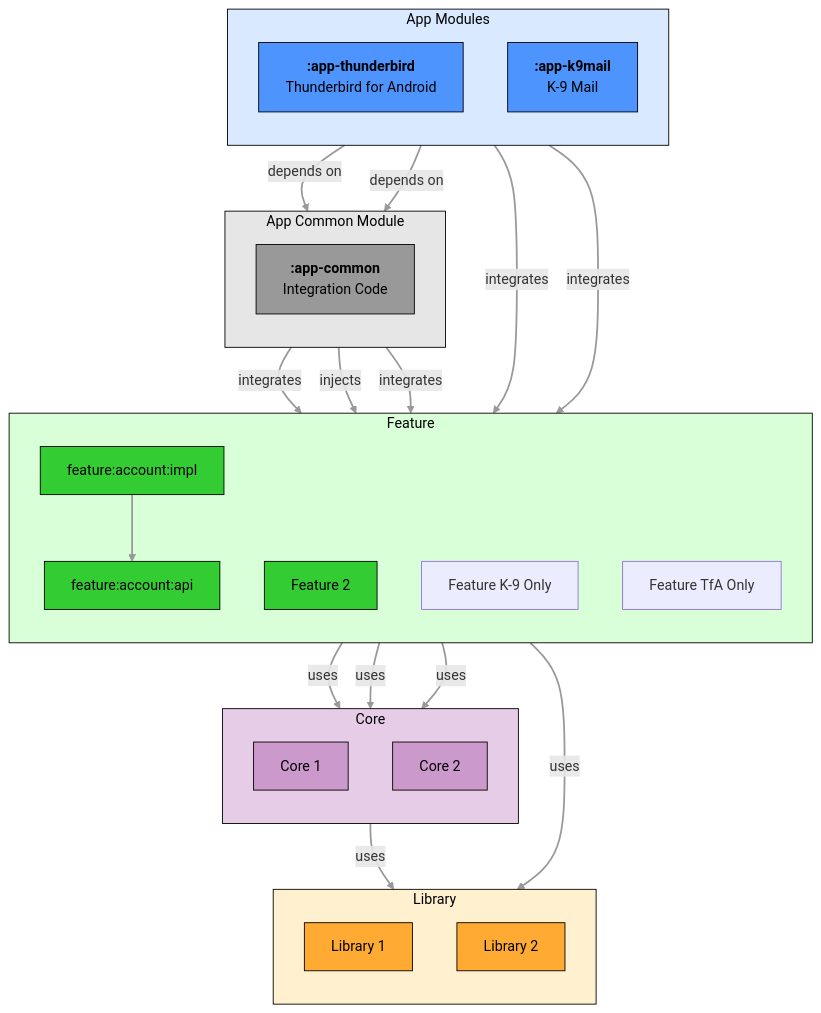
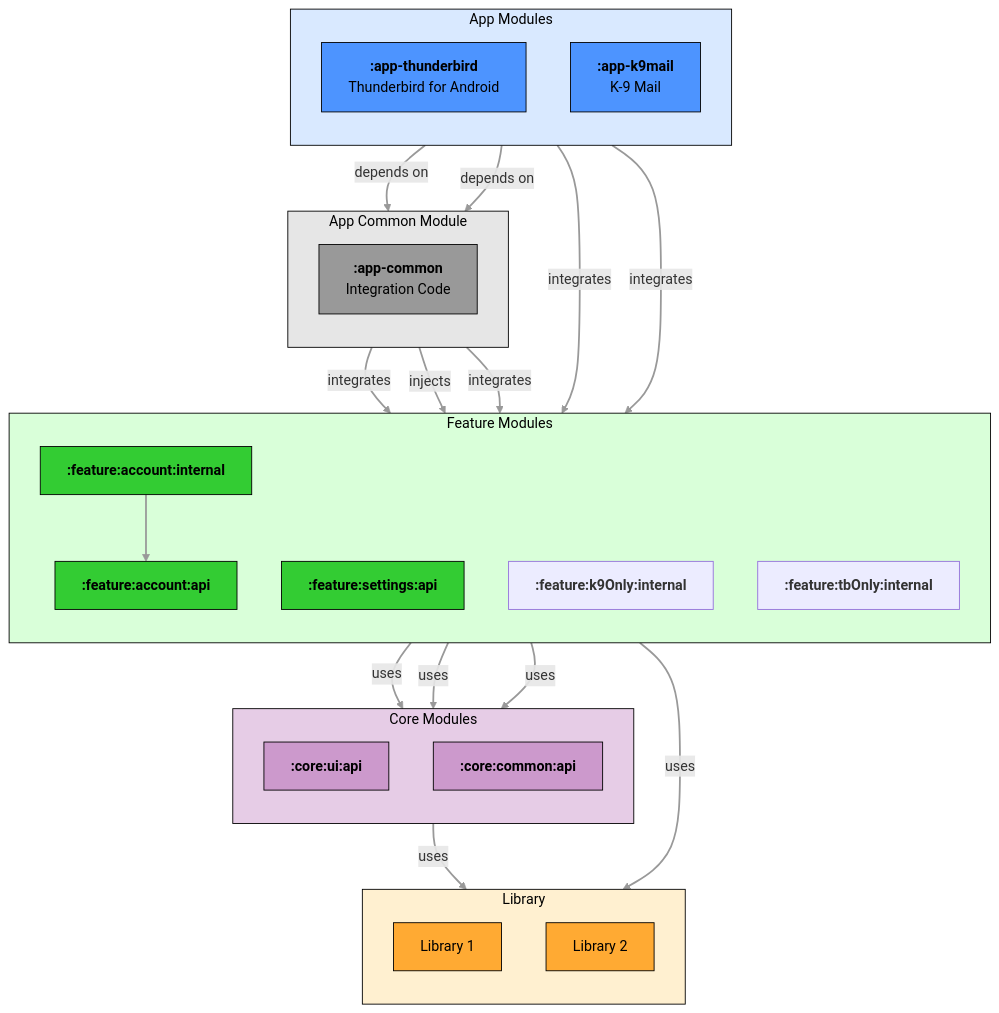
Before and after one commit to thunderbird/thunderbird-android: the diagram in docs/architecture/module-structure.md, drawn with Mermaid. The commit also changed other lines of this file and 6 other files, not shown here.

Commit message:
docs(architecture): update module structure and naming conventions per ADR-0009

````diff
--- a/docs/architecture/module-structure.md
+++ b/docs/architecture/module-structure.md
@@ -275,76 +281,76 @@
 ```mermaid
 graph TB
     subgraph APP[App Modules]
         direction TB
         APP_TB["`**:app-thunderbird**<br>Thunderbird for Android`"]
         APP_K9["`**:app-k9mail**<br>K-9 Mail`"]
     end
 
     subgraph COMMON[App Common Module]
         direction TB
         COMMON_APP["`**:app-common**<br>Integration Code`"]
     end
 
-    subgraph FEATURE[Feature]
+    subgraph FEATURE[Feature Modules]
         direction TB
-        FEATURE1[feature:account:api]
-        FEATURE2[feature:account:impl]
-        FEATURE3[Feature 2]
-        FEATURE_K9[Feature K-9 Only]
-        FEATURE_TB[Feature TfA Only]
+        FEATURE1["`**:feature:account:api**`"]
+        FEATURE2["`**:feature:account:internal**`"]
+        FEATURE3["`**:feature:settings:api**`"]
+        FEATURE_K9["`**:feature:k9Only:internal**`"]
+        FEATURE_TB["`**:feature:tbOnly:internal**`"]
     end
 
-    subgraph CORE[Core]
+    subgraph CORE[Core Modules]
         direction TB
-        CORE1[Core 1]
-        CORE2[Core 2]
+        CORE1["`**:core:ui:api**`"]
+        CORE2["`**:core:common:api**`"]
     end
 
     subgraph LIBRARY[Library]
         direction TB
         LIB1[Library 1]
         LIB2[Library 2]
     end
 
     APP_K9 --> |depends on| COMMON_APP
     APP_TB --> |depends on| COMMON_APP
     COMMON_APP --> |integrates| FEATURE1
     COMMON_APP --> |injects| FEATURE2
     FEATURE2 --> FEATURE1
     COMMON_APP --> |integrates| FEATURE3
     APP_K9 --> |integrates| FEATURE_K9
     APP_TB --> |integrates| FEATURE_TB
     FEATURE1 --> |uses| CORE1
     FEATURE3 --> |uses| CORE2
     FEATURE_TB --> |uses| CORE1
     FEATURE_K9 --> |uses| LIB2
     CORE2 --> |uses| LIB1
 
     classDef app fill:#d9e9ff,stroke:#000000,color:#000000
     classDef app_module fill:#4d94ff,stroke:#000000,color:#000000
     classDef common fill:#e6e6e6,stroke:#000000,color:#000000
     classDef common_module fill:#999999,stroke:#000000,color:#000000
     classDef feature fill:#d9ffd9,stroke:#000000,color:#000000
     classDef feature_module fill:#33cc33,stroke:#000000,color:#000000
     classDef core fill:#e6cce6,stroke:#000000,color:#000000
     classDef core_module fill:#cc99cc,stroke:#000000,color:#000000
     classDef library fill:#fff0d0,stroke:#000000,color:#000000
     classDef library_module fill:#ffaa33,stroke:#000000,color:#000000
     classDef legacy fill:#ffe6e6,stroke:#000000,color:#000000
     classDef legacy_module fill:#ff9999,stroke:#000000,color:#000000
 
     linkStyle default stroke:#999,stroke-width:2px
 
     class APP app
     class APP_K9,APP_TB app_module
     class COMMON common
     class COMMON_APP common_module
     class FEATURE feature
     class FEATURE1,FEATURE2,FEATURE3 feature_module
     class FEATURE_K9 featureK9
     class FEATURE_TB featureTB
     class CORE core
     class CORE1,CORE2 core_module
     class LIBRARY library
     class LIB1,LIB2 library_module
 ```
````
